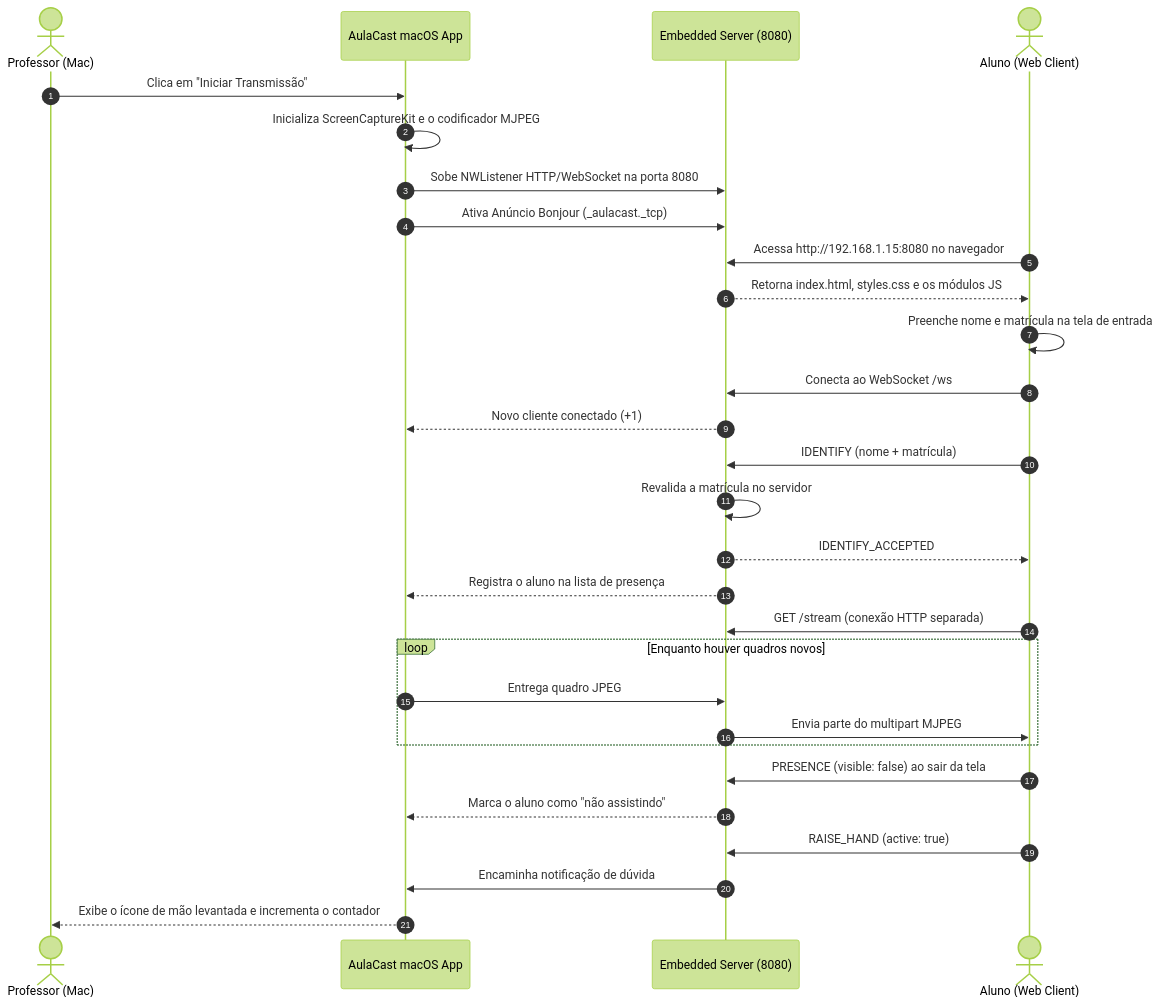
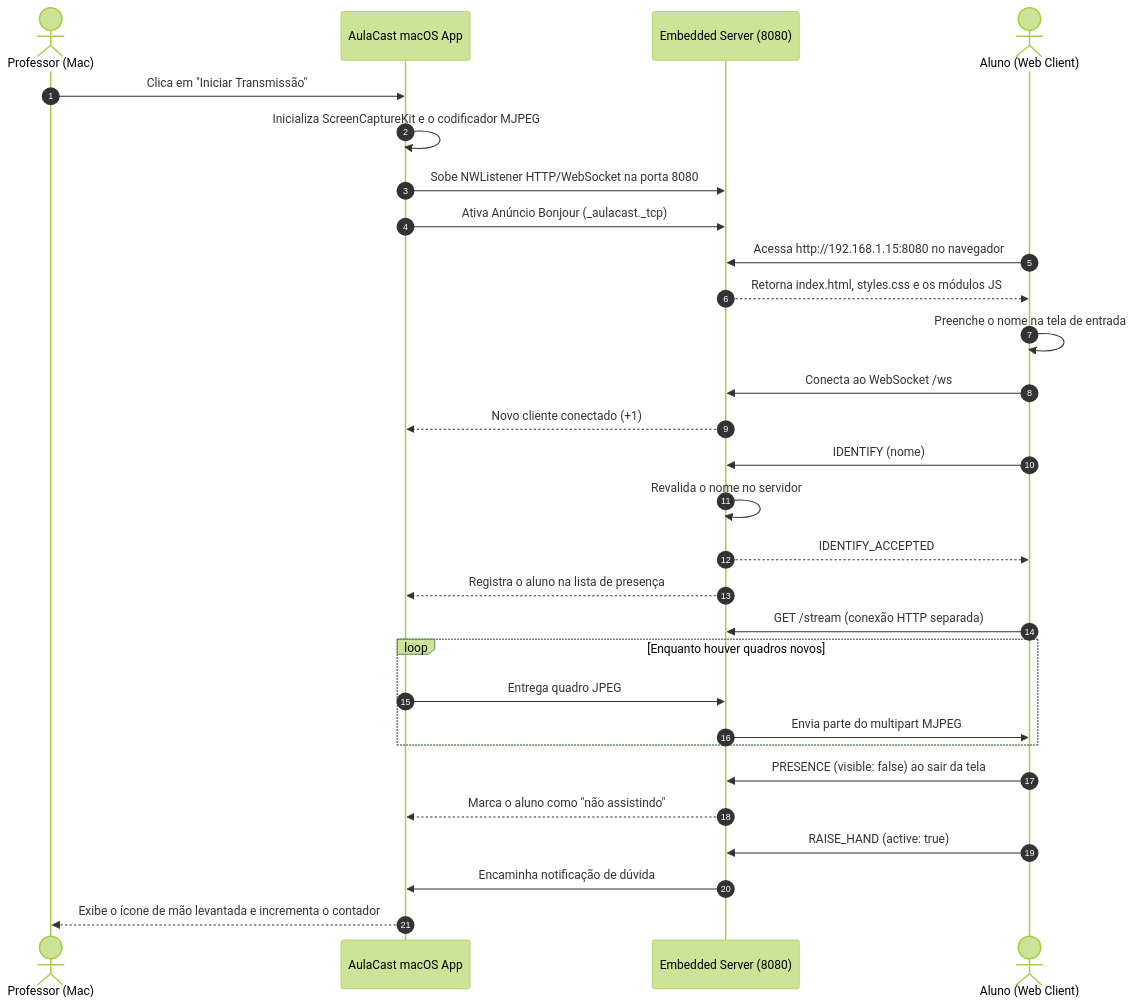
The second of 2 diagrams in docs/04-arquitetura-e-design.md (watusalen/aulacast), drawn with Mermaid (forest theme) before and after one commit. The commit also changed other lines of this file and 4 other files, not shown here.

````diff
--- a/docs/04-arquitetura-e-design.md
+++ b/docs/04-arquitetura-e-design.md
@@ -167,36 +166,36 @@
 ```mermaid
 sequenceDiagram
     autonumber
     actor Prof as Professor (Mac)
     participant App as AulaCast macOS App
     participant Net as Embedded Server (8080)
     actor Aluno as Aluno (Web Client)
 
     Prof->>App: Clica em "Iniciar Transmissão"
     App->>App: Inicializa ScreenCaptureKit e o codificador MJPEG
     App->>Net: Sobe NWListener HTTP/WebSocket na porta 8080
     App->>Net: Ativa Anúncio Bonjour (_aulacast._tcp)
 
     Aluno->>Net: Acessa http://192.168.1.15:8080 no navegador
     Net-->>Aluno: Retorna index.html, styles.css e os módulos JS
-    Aluno->>Aluno: Preenche nome e matrícula na tela de entrada
+    Aluno->>Aluno: Preenche o nome na tela de entrada
     Aluno->>Net: Conecta ao WebSocket /ws
     Net-->>App: Novo cliente conectado (+1)
-    Aluno->>Net: IDENTIFY (nome + matrícula)
-    Net->>Net: Revalida a matrícula no servidor
+    Aluno->>Net: IDENTIFY (nome)
+    Net->>Net: Revalida o nome no servidor
     Net-->>Aluno: IDENTIFY_ACCEPTED
     Net-->>App: Registra o aluno na lista de presença
 
     Aluno->>Net: GET /stream (conexão HTTP separada)
     loop Enquanto houver quadros novos
         App->>Net: Entrega quadro JPEG
         Net->>Aluno: Envia parte do multipart MJPEG
     end
 
     Aluno->>Net: PRESENCE (visible: false) ao sair da tela
     Net-->>App: Marca o aluno como "não assistindo"
 
     Aluno->>Net: RAISE_HAND (active: true)
     Net->>App: Encaminha notificação de dúvida
     App-->>Prof: Exibe o ícone de mão levantada e incrementa o contador
 ```
````
